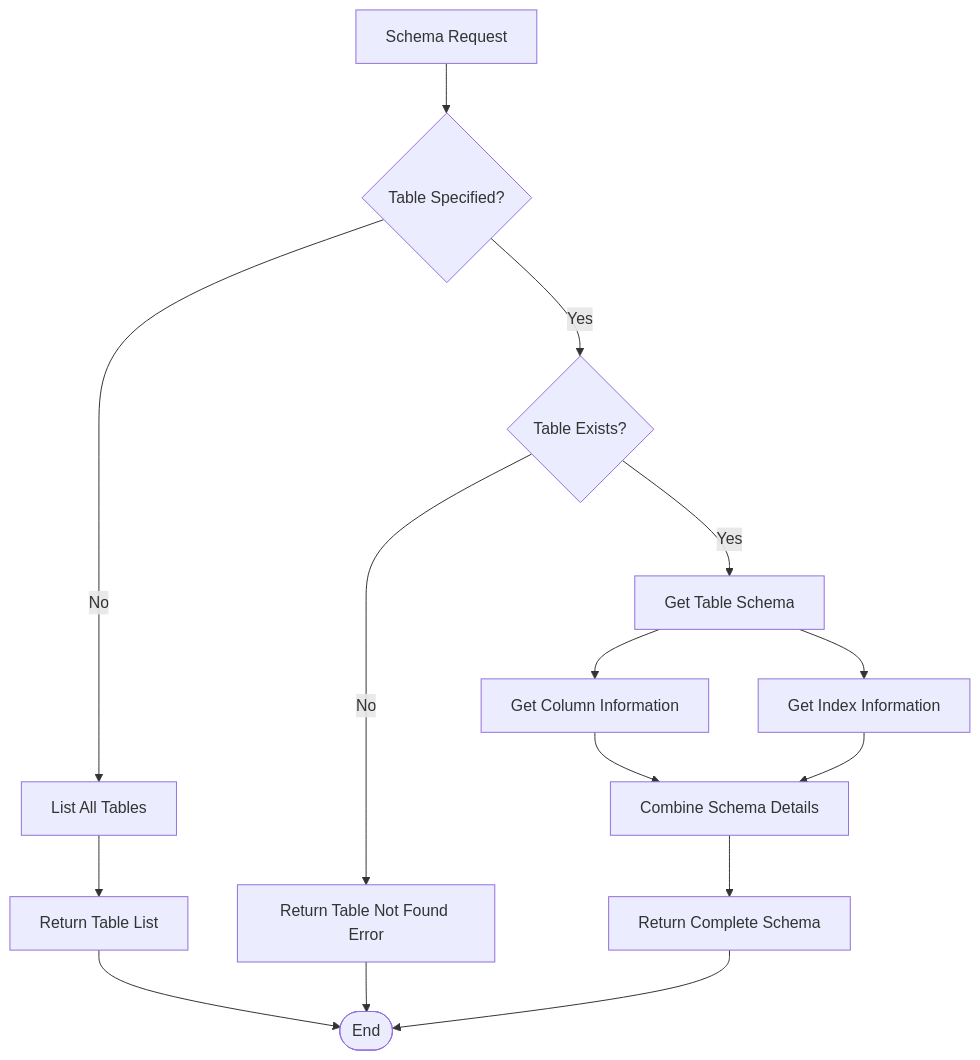
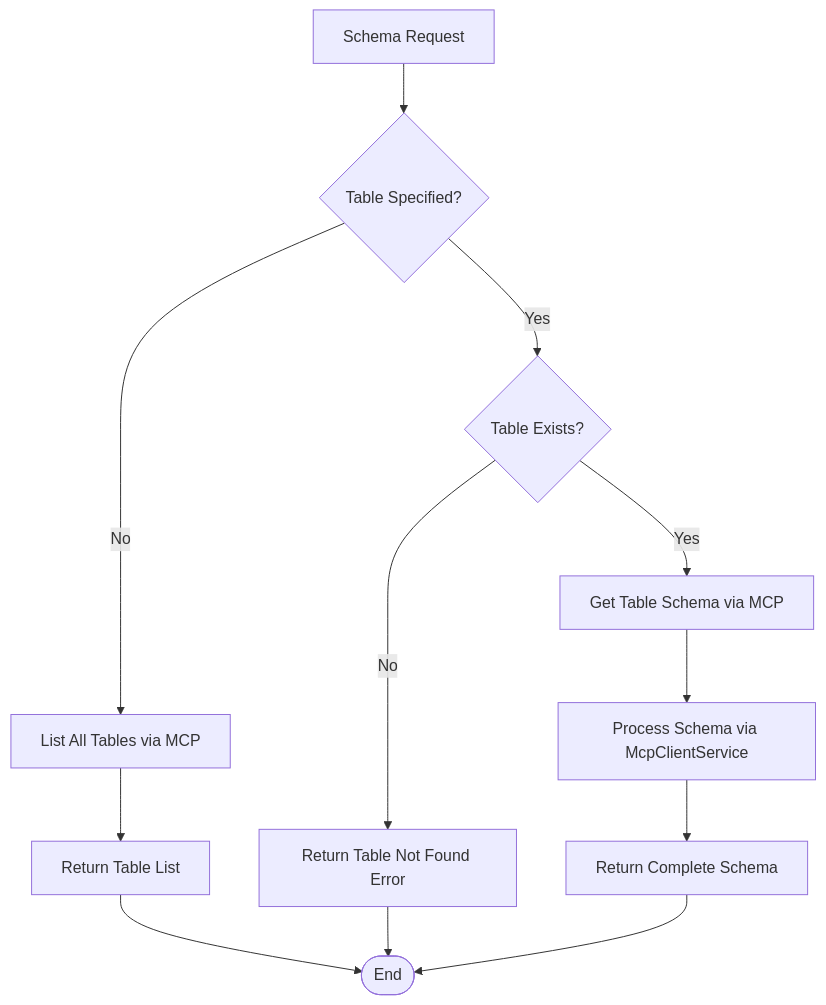
One commit to siimliimand/laravel-assistant changed the sixth of 20 diagrams in .qoder/repowiki/en/content/AI Integration System/Agent System/DevBot AI Agent System.md. Above: the diagram before and after it, drawn with Mermaid. The commit also changed other lines of this file and 7 other files, not shown here.

First line of the commit message:
feat(mcp-client): integrate MCP protocol client service for DevBot AI agent tools

````diff
--- a/.qoder/repowiki/en/content/AI Integration System/Agent System/DevBot AI Agent System.md
+++ b/.qoder/repowiki/en/content/AI Integration System/Agent System/DevBot AI Agent System.md
@@ -293,17 +317,14 @@
 ```mermaid
 flowchart TD
 SchemaRequest["Schema Request"] --> CheckTable{"Table Specified?"}
-CheckTable --> |No| ListTables["List All Tables"]
+CheckTable --> |No| ListTables["List All Tables via MCP"]
 CheckTable --> |Yes| CheckExists{"Table Exists?"}
 CheckExists --> |No| TableError["Return Table Not Found Error"]
-CheckExists --> |Yes| GetSchema["Get Table Schema"]
+CheckExists --> |Yes| GetSchema["Get Table Schema via MCP"]
 ListTables --> ReturnTables["Return Table List"]
-GetSchema --> GetColumns["Get Column Information"]
-GetSchema --> GetIndexes["Get Index Information"]
-GetColumns --> CombineResults["Combine Schema Details"]
-GetIndexes --> CombineResults
-CombineResults --> ReturnSchema["Return Complete Schema"]
+GetSchema --> ProcessSchema["Process Schema via McpClientService"]
+ProcessSchema --> ReturnSchema["Return Complete Schema"]
 TableError --> End([End])
 ReturnTables --> End
 ReturnSchema --> End
 ```
````
